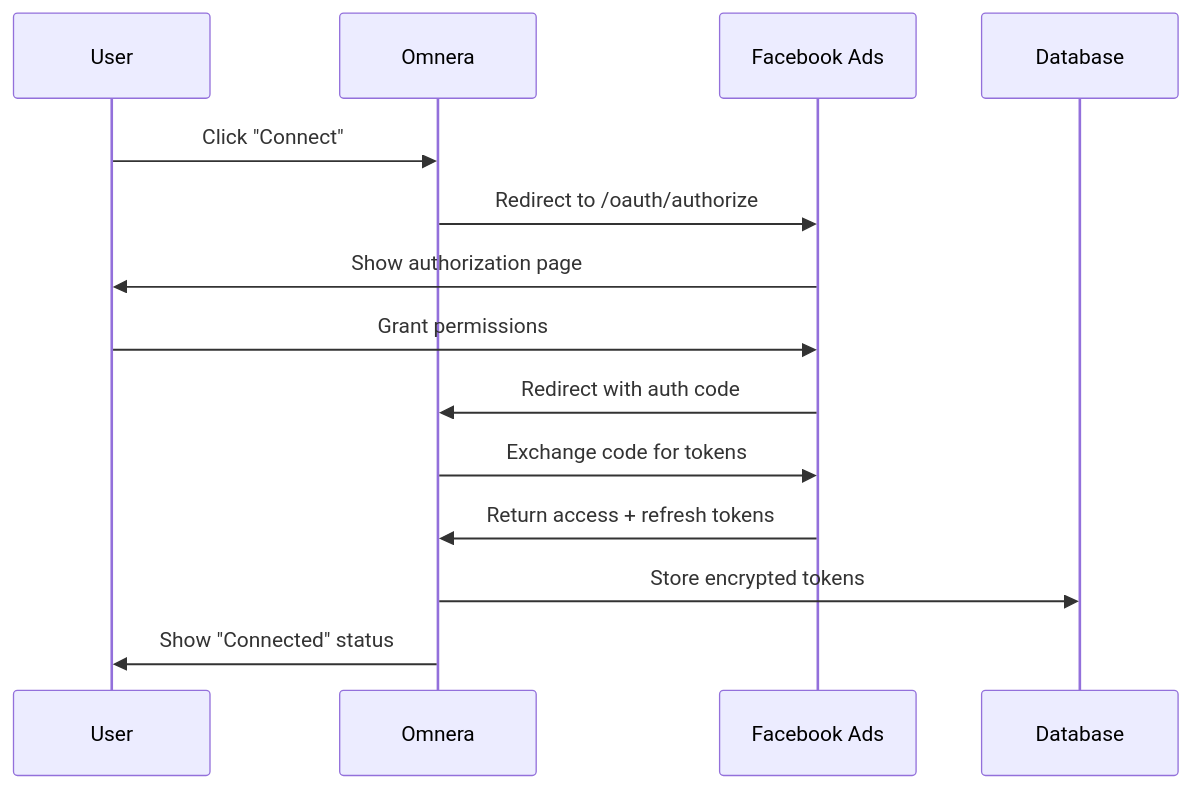
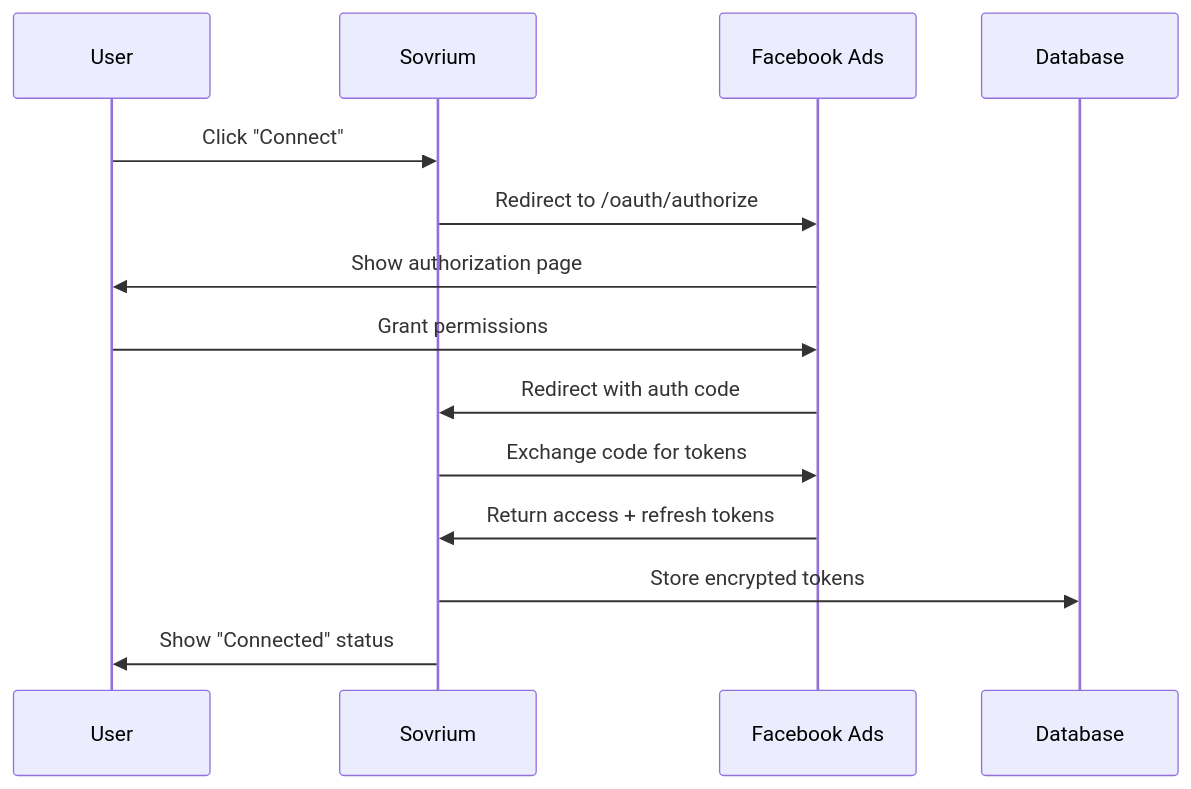
One commit to omnera-dev/omnera-v2 changed the diagram in specs/app/connections/facebook-ads-connection/README.md. Above: the diagram before and after it, drawn with Mermaid. The commit also changed other lines of this file and 218 other files, not shown here.

````diff
--- a/specs/app/connections/facebook-ads-connection/README.md
+++ b/specs/app/connections/facebook-ads-connection/README.md
@@ -70,12 +70,12 @@
 ```mermaid
 sequenceDiagram
-    User->>Omnera: Click "Connect"
-    Omnera->>Facebook Ads: Redirect to /oauth/authorize
+    User->>Sovrium: Click "Connect"
+    Sovrium->>Facebook Ads: Redirect to /oauth/authorize
     Facebook Ads->>User: Show authorization page
     User->>Facebook Ads: Grant permissions
-    Facebook Ads->>Omnera: Redirect with auth code
-    Omnera->>Facebook Ads: Exchange code for tokens
-    Facebook Ads->>Omnera: Return access + refresh tokens
-    Omnera->>Database: Store encrypted tokens
-    Omnera->>User: Show "Connected" status
+    Facebook Ads->>Sovrium: Redirect with auth code
+    Sovrium->>Facebook Ads: Exchange code for tokens
+    Facebook Ads->>Sovrium: Return access + refresh tokens
+    Sovrium->>Database: Store encrypted tokens
+    Sovrium->>User: Show "Connected" status
 ```
````
